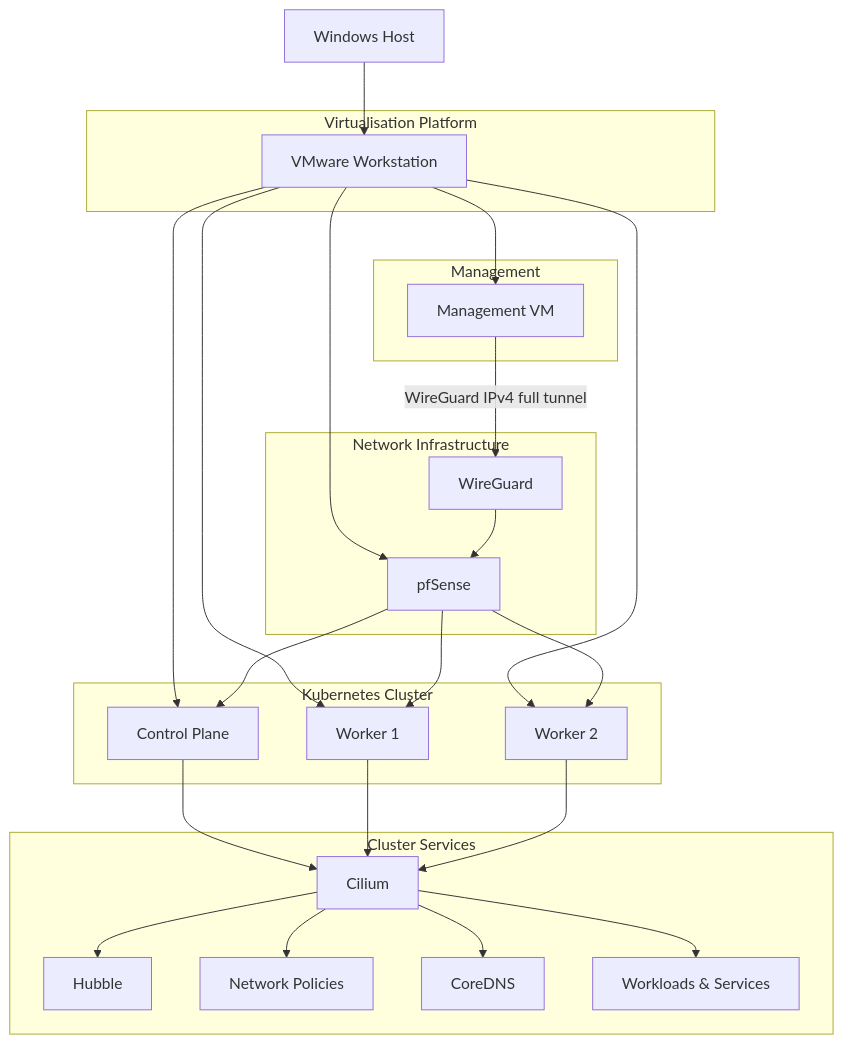
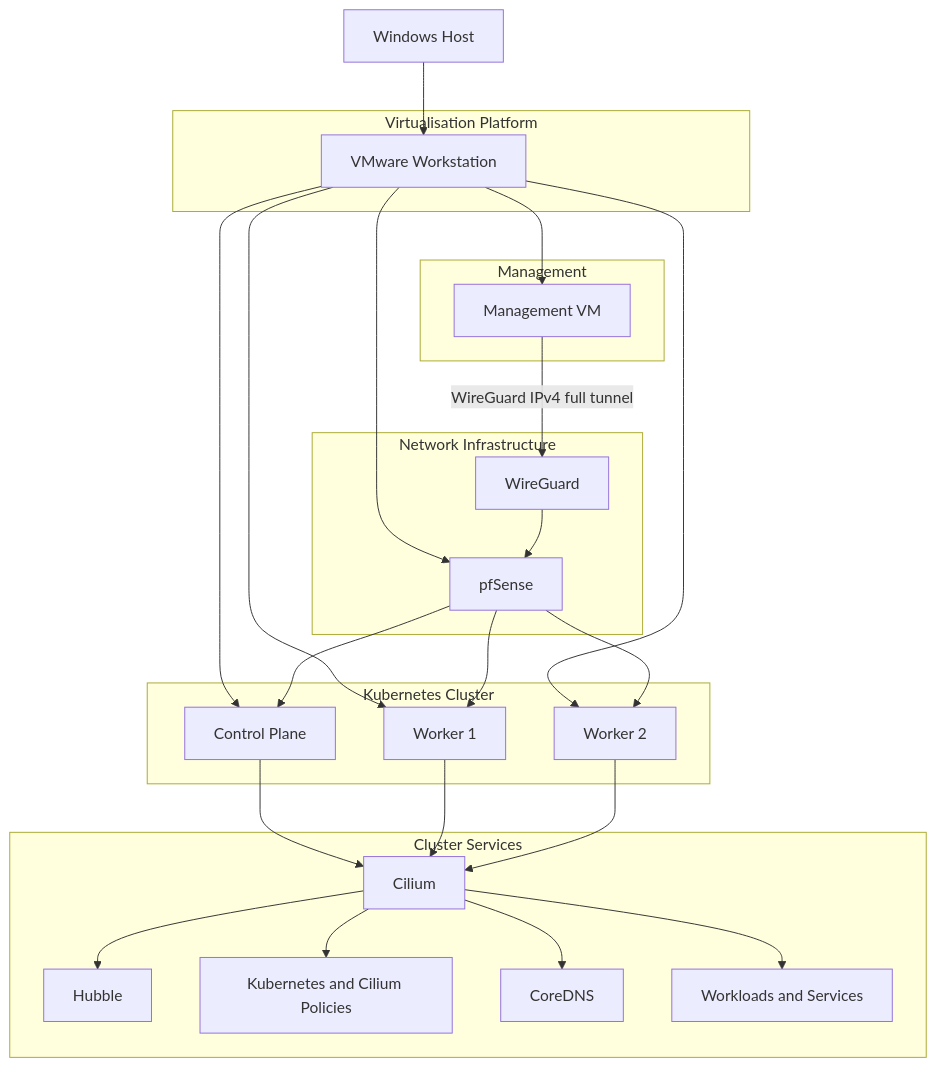
The diagram in README.md (paknaoo/k8s-cilium-lab), drawn with Mermaid before and after one commit. The commit also changed other lines of this file and 7 other files, not shown here.

Commit message:
docs: document Phase 8 advanced Cilium policies

````diff
--- a/README.md
+++ b/README.md
@@ -15,57 +15,56 @@
 ```mermaid
 flowchart TD
 
     HOST[Windows Host]
 
     subgraph VIRTUALISATION["Virtualisation Platform"]
         VMW[VMware Workstation]
     end
 
     subgraph MANAGEMENT["Management"]
         MGMT[Management VM]
     end
 
     subgraph NETWORK["Network Infrastructure"]
         PFSENSE[pfSense]
         WG[WireGuard]
     end
 
     subgraph CLUSTER["Kubernetes Cluster"]
         MASTER[Control Plane]
         WORKER1[Worker 1]
         WORKER2[Worker 2]
     end
 
     subgraph SERVICES["Cluster Services"]
         CILIUM[Cilium]
         HUBBLE[Hubble]
-        NETPOL[Network Policies]
+        NETPOL[Kubernetes and Cilium Policies]
         COREDNS[CoreDNS]
-        WORKLOADS[Workloads & Services]
+        WORKLOADS[Workloads and Services]
     end
 
     HOST --> VMW
 
     VMW --> MGMT
     VMW --> PFSENSE
     VMW --> MASTER
     VMW --> WORKER1
     VMW --> WORKER2
 
     MGMT -->|WireGuard IPv4 full tunnel| WG
     WG --> PFSENSE
 
     PFSENSE --> MASTER
     PFSENSE --> WORKER1
     PFSENSE --> WORKER2
 
     MASTER --> CILIUM
     WORKER1 --> CILIUM
     WORKER2 --> CILIUM
 
     CILIUM --> HUBBLE
     CILIUM --> NETPOL
     CILIUM --> COREDNS
     CILIUM --> WORKLOADS
-
 ```
````
